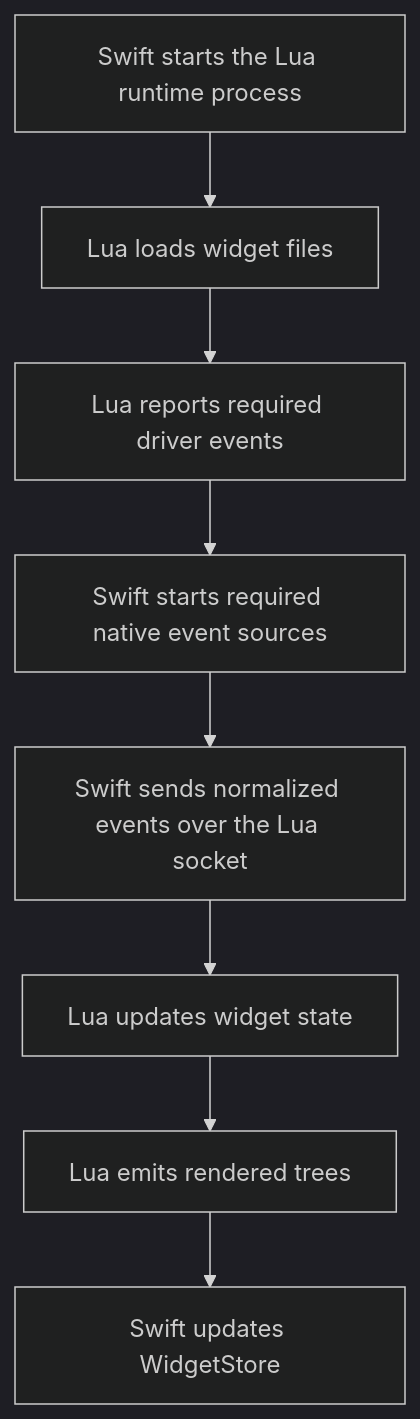
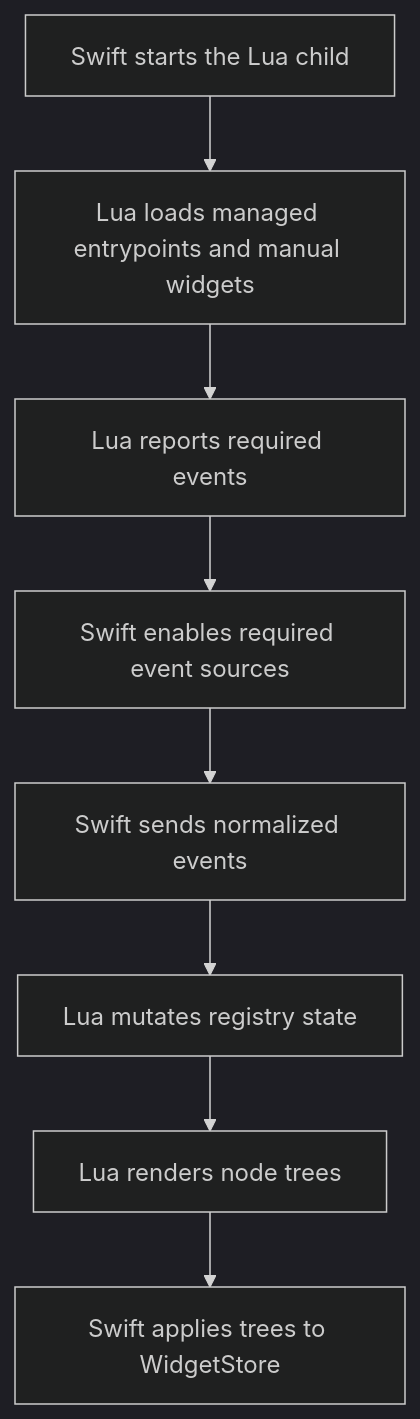
The diagram in content/internals/lua-runtime/overview.md (easybar-app/docs), drawn with Mermaid (dark theme) before and after one commit. The commit also changed other lines of this file and 51 other files, not shown here.

Commit message:
docs: simplify information architecture and add widget store

````diff
--- a/content/internals/lua-runtime/overview.md
+++ b/content/internals/lua-runtime/overview.md
@@ -23,19 +24,19 @@
 ```mermaid
 flowchart TD
-    Start["Swift starts the Lua runtime process"]
-    Load["Lua loads widget files"]
-    Subscriptions["Lua reports required driver events"]
-    Sources["Swift starts required native event sources"]
-    Events["Swift sends normalized events over the Lua socket"]
-    State["Lua updates widget state"]
-    Trees["Lua emits rendered trees"]
-    Store["Swift updates WidgetStore"]
+    Start["Swift starts the Lua child"]
+    Load["Lua loads managed entrypoints and manual widgets"]
+    Subscribe["Lua reports required events"]
+    Sources["Swift enables required event sources"]
+    Events["Swift sends normalized events"]
+    State["Lua mutates registry state"]
+    Trees["Lua renders node trees"]
+    Store["Swift applies trees to WidgetStore"]
 
     Start --> Load
-    Load --> Subscriptions
-    Subscriptions --> Sources
+    Load --> Subscribe
+    Subscribe --> Sources
     Sources --> Events
     Events --> State
     State --> Trees
     Trees --> Store
 ```
````
